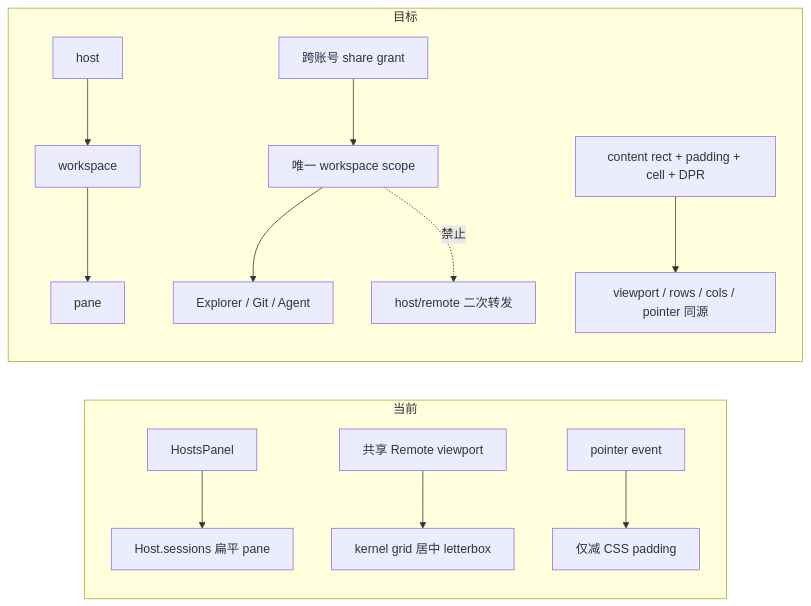
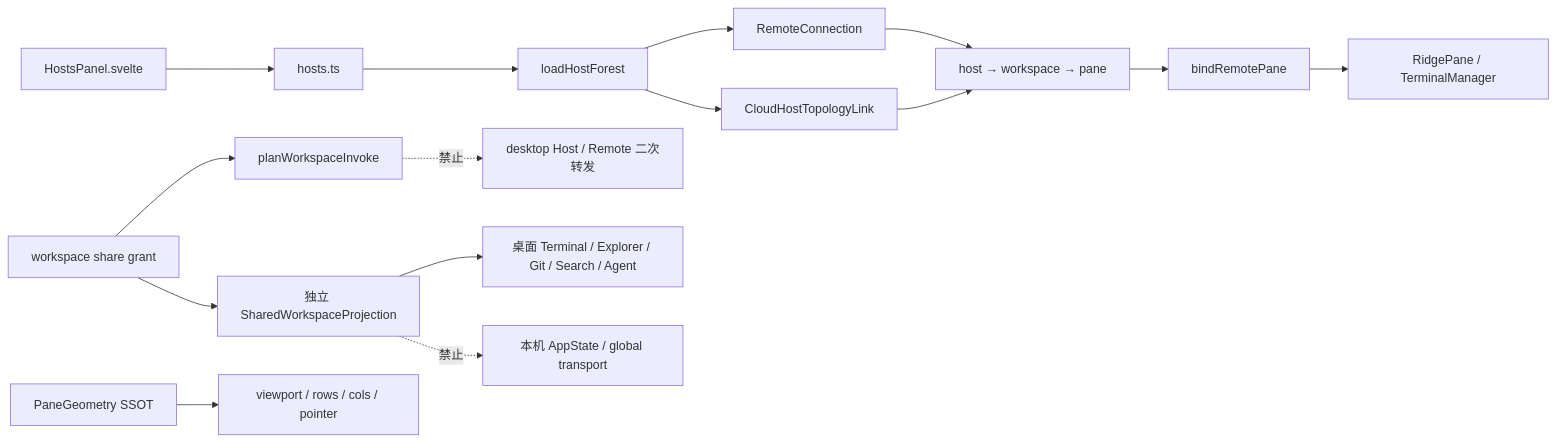
One commit to MySetsuna/ridge changed the diagram in docs/PROJECT-STATE.md. Above: the diagram before and after it, drawn with Mermaid. The commit also changed other lines of this file and 3 other files, not shown here.

````diff
--- a/docs/PROJECT-STATE.md
+++ b/docs/PROJECT-STATE.md
@@ -77,15 +77,17 @@
 ```mermaid
 flowchart LR
-  subgraph Current["当前"]
-    HP["HostsPanel"] --> FS["Host.sessions 扁平 pane"]
-    VP["共享 Remote viewport"] --> LB["kernel grid 居中 letterbox"]
-    PE["pointer event"] --> PAD["仅减 CSS padding"]
-  end
-  subgraph Target["目标"]
-    HT["host"] --> WT["workspace"] --> PT["pane"]
-    SW["跨账号 share grant"] --> ONE["唯一 workspace scope"]
-    ONE --> RES["Explorer / Git / Agent"]
-    ONE -. 禁止 .-> HOP["host/remote 二次转发"]
-    GEO["content rect + padding + cell + DPR"] --> GRID["viewport / rows / cols / pointer 同源"]
-  end
+  HP["HostsPanel.svelte"] --> HS["hosts.ts"]
+  HS --> HF["loadHostForest"]
+  HF --> LAN["RemoteConnection"]
+  HF --> PUB["CloudHostTopologyLink"]
+  LAN --> HT["host → workspace → pane"]
+  PUB --> HT
+  HT --> BIND["bindRemotePane"]
+  BIND --> RP["RidgePane / TerminalManager"]
+  SW["workspace share grant"] --> SCOPE["planWorkspaceInvoke"]
+  SCOPE -. 禁止 .-> HOP["desktop Host / Remote 二次转发"]
+  SW --> PROJ["独立 SharedWorkspaceProjection"]
+  PROJ --> DESK["桌面 Terminal / Explorer / Git / Search / Agent"]
+  PROJ -. 禁止 .-> GLOBAL["本机 AppState / global transport"]
+  GEO["PaneGeometry SSOT"] --> GRID["viewport / rows / cols / pointer"]
 ```
````
